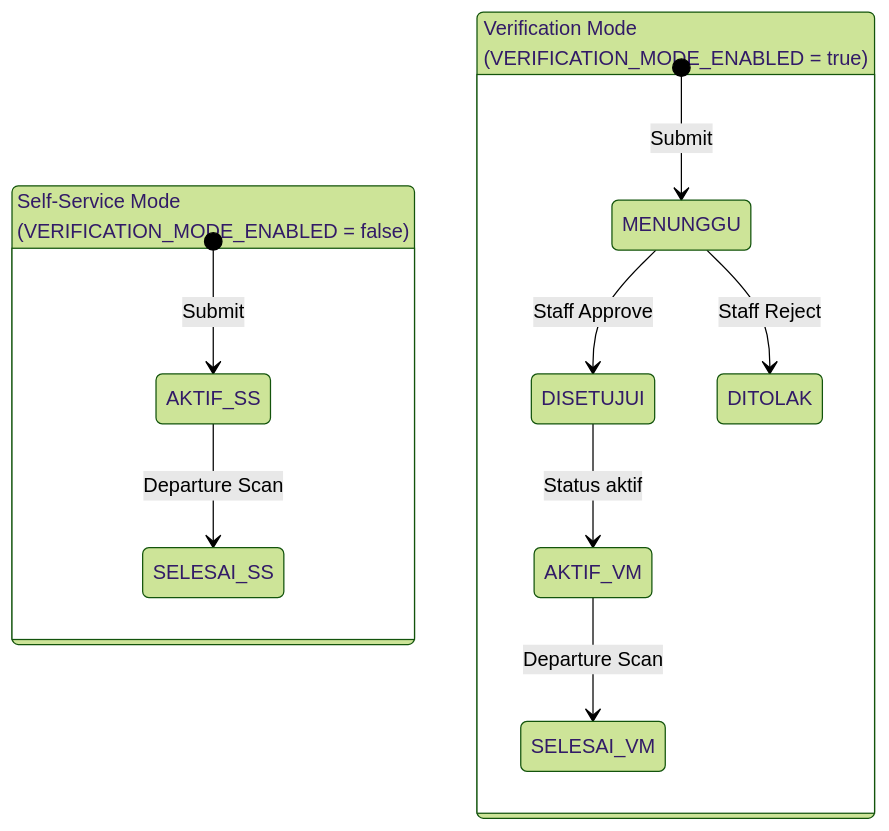
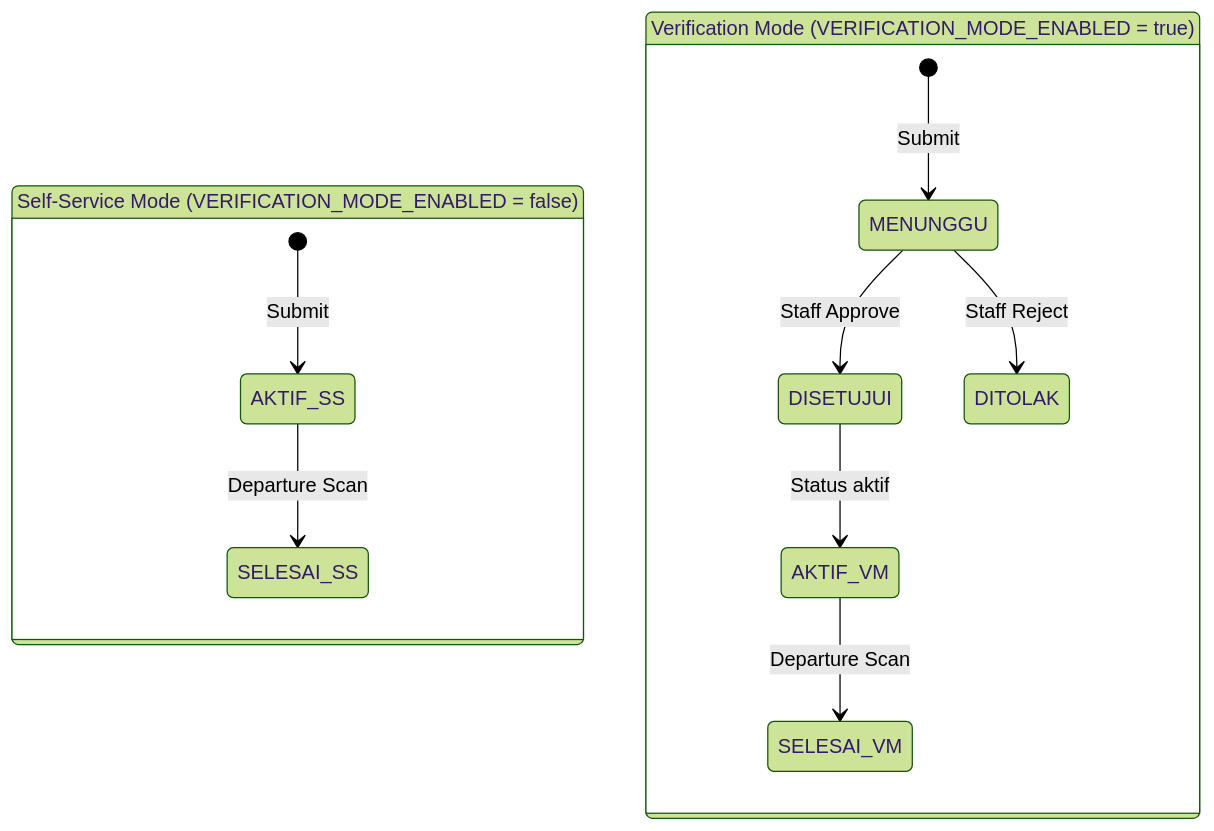
The second of 4 diagrams in docs/revisi/v2-UserFlow.md (bagususwanto/vendor-checkpoint), drawn with Mermaid (forest theme) before and after one commit. The commit also changed other lines of this file, not shown here.

Commit message:
docs: upgrade user flow documentation to v2.3 with operational date and cut-off time support

````diff
--- a/docs/revisi/v2-UserFlow.md
+++ b/docs/revisi/v2-UserFlow.md
@@ -112,15 +108,15 @@
 ```mermaid
 stateDiagram-v2
-    state "Self-Service Mode\n(VERIFICATION_MODE_ENABLED = false)" as SS {
+    state "Self-Service Mode (VERIFICATION_MODE_ENABLED = false)" as SS {
         [*] --> AKTIF_SS : Submit
         AKTIF_SS --> SELESAI_SS : Departure Scan
     }
 
-    state "Verification Mode\n(VERIFICATION_MODE_ENABLED = true)" as VM {
+    state "Verification Mode (VERIFICATION_MODE_ENABLED = true)" as VM {
         [*] --> MENUNGGU : Submit
         MENUNGGU --> DISETUJUI : Staff Approve
         MENUNGGU --> DITOLAK : Staff Reject
         DISETUJUI --> AKTIF_VM : Status aktif
         AKTIF_VM --> SELESAI_VM : Departure Scan
     }
 ```
````
